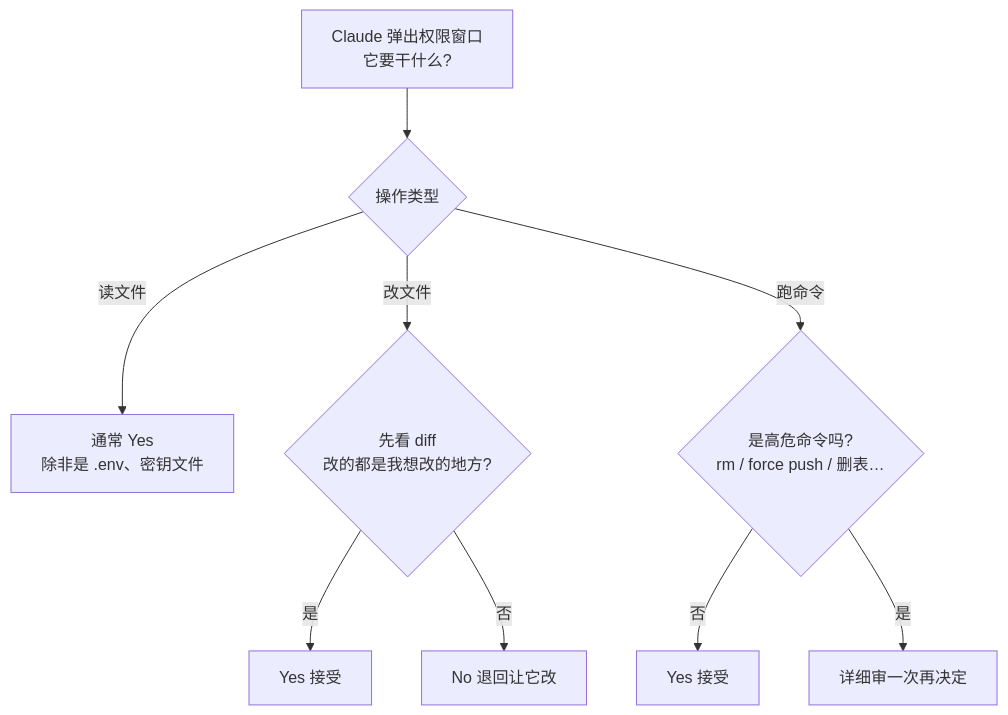
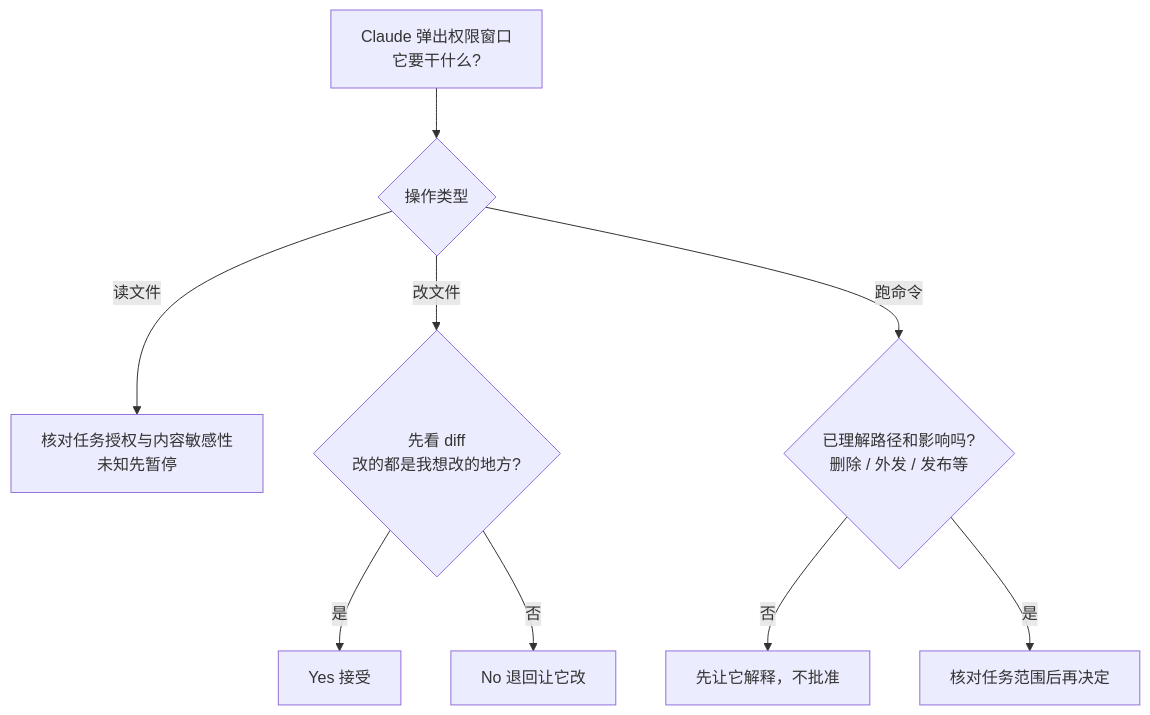
The second of 5 diagrams in manuscript/附录/D-决策流程图.md (mali9527/claude-code-full-guide-for-beginners), drawn with Mermaid before and after one commit. The commit also changed other lines of this file and 130 other files, not shown here.

````diff
--- a/manuscript/附录/D-决策流程图.md
+++ b/manuscript/附录/D-决策流程图.md
@@ -53,12 +54,12 @@
 ```mermaid
 %%{init: {"look": "handDrawn", "theme": "neutral", "themeVariables": {"fontFamily": "'Chalkboard SE','Comic Sans MS','Segoe Print','Kaiti SC','STKaiti','KaiTi','Bradley Hand',cursive", "fontSize": "15px"}}}%%
 flowchart TD
   A["Claude 弹出权限窗口<br/>它要干什么?"] --> B{"操作类型"}
-  B -->|"读文件"| C["通常 Yes<br/>除非是 .env、密钥文件"]
+  B -->|"读文件"| C["核对任务授权与内容敏感性<br/>未知先暂停"]
   B -->|"改文件"| D{"先看 diff<br/>改的都是我想改的地方?"}
-  B -->|"跑命令"| E{"是高危命令吗?<br/>rm / force push / 删表…"}
+  B -->|"跑命令"| E{"已理解路径和影响吗?<br/>删除 / 外发 / 发布等"}
   D -->|"是"| F["Yes 接受"]
   D -->|"否"| G["No 退回让它改"]
-  E -->|"否"| H["Yes 接受"]
-  E -->|"是"| I["详细审一次再决定"]
+  E -->|"否"| H["先让它解释，不批准"]
+  E -->|"是"| I["核对任务范围后再决定"]
 ```
````
